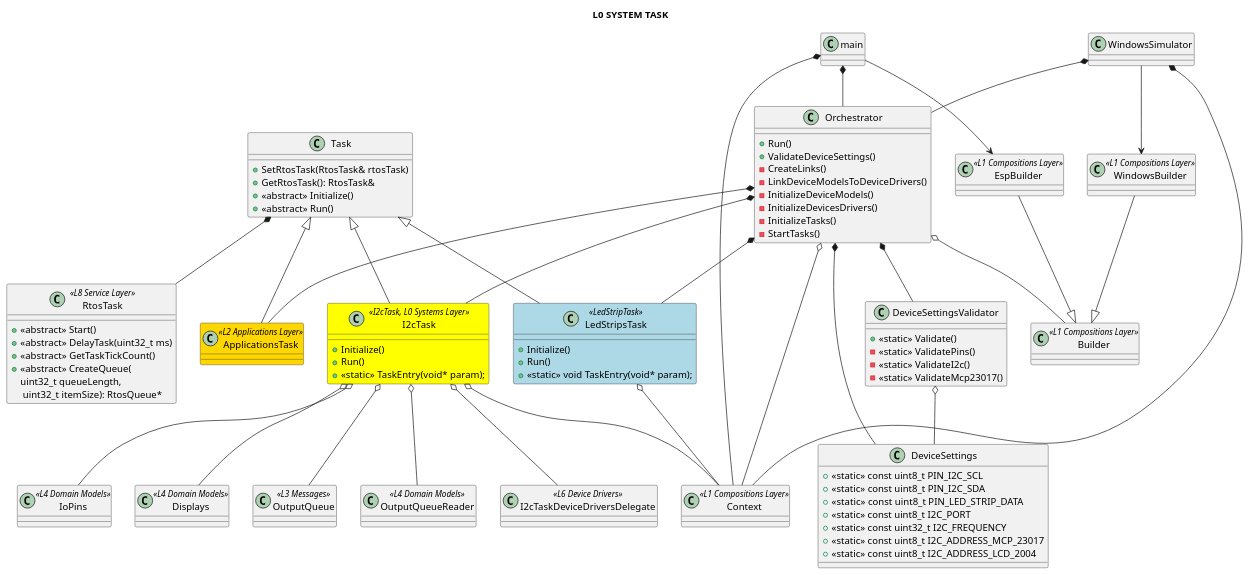
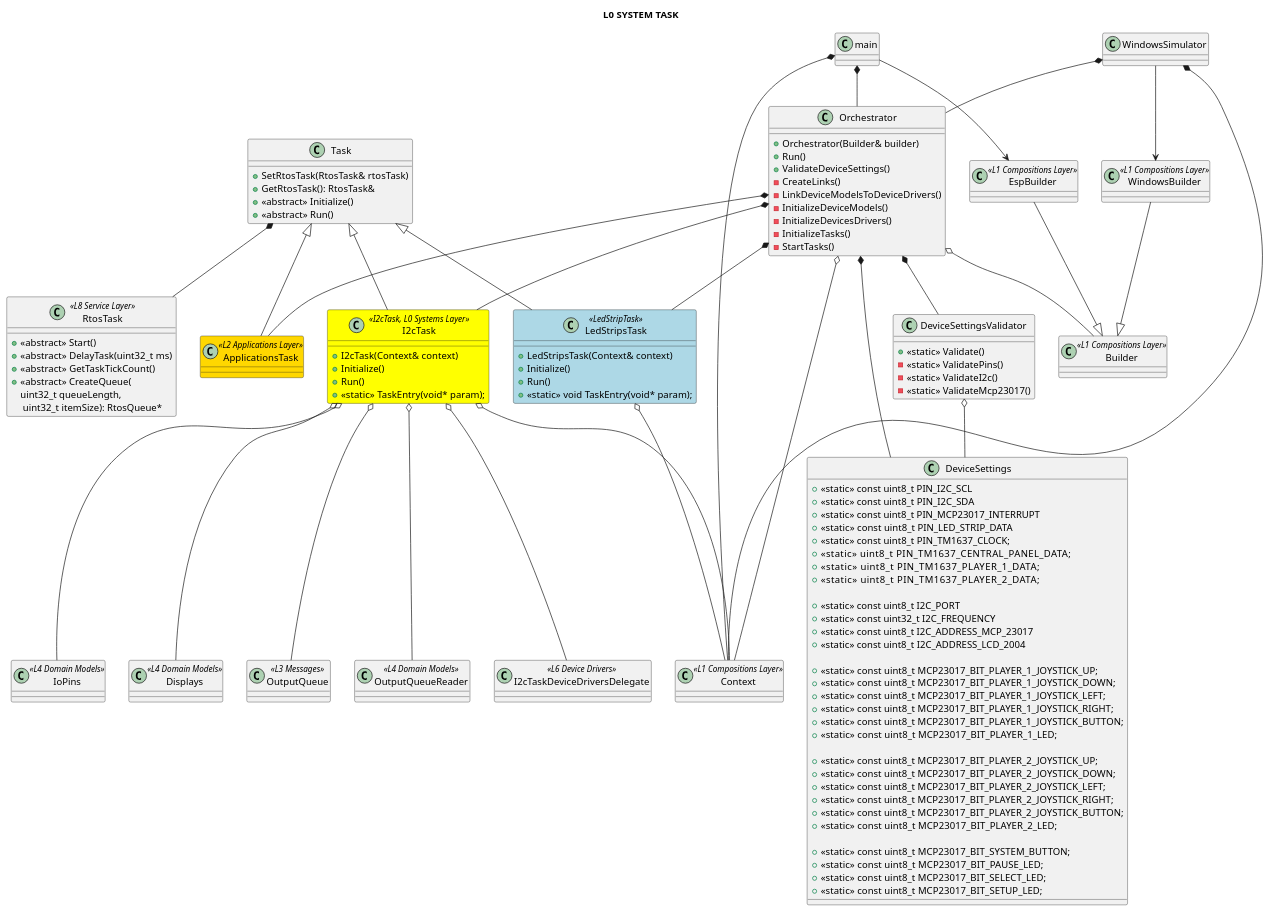
One commit to michelkeijzers/fraxis changed the diagram in Docs/Software Design/Layers/L0_system_layer.puml. Above: the diagram before and after it, drawn with PlantUML. The commit also changed 154 other files, not shown here.

Commit message:
Updated UML diagrams, removed = default, changed -> to refs

```diff
--- a/Docs/Software Design/Layers/L0_system_layer.puml
+++ b/Docs/Software Design/Layers/L0_system_layer.puml
@@ -1,133 +1,161 @@
 @startuml
 top to bottom direction
 
 title L0 SYSTEM TASK
 
 skinparam packageStyle rectangle
 skinparam lineThickness 2
 
 class main 
 {
 }
 
 class WindowsSimulator 
 {
 
 }
 
 class Orchestrator 
 {
+    + Orchestrator(Builder& builder)
     + Run()
     + ValidateDeviceSettings()
     - CreateLinks()
     - LinkDeviceModelsToDeviceDrivers()
     - InitializeDeviceModels()
     - InitializeDevicesDrivers()
     - InitializeTasks()
     - StartTasks()
 }
 
 main *-- Orchestrator
 main *-- Context
 WindowsSimulator *-- Orchestrator
 WindowsSimulator *-- Context 
 
 class DeviceSettingsValidator
 {
     + <<static>> Validate()
     - <<static>> ValidatePins()
     - <<static>> ValidateI2c()
     - <<static>> ValidateMcp23017()
 }
 
 DeviceSettingsValidator o-- DeviceSettings
 Orchestrator *-- DeviceSettingsValidator
 
 class Builder <<L1 Compositions Layer>> {}
 class EspBuilder  <<L1 Compositions Layer>> {}
 class WindowsBuilder  <<L1 Compositions Layer>> {}
 class Context <<L1 Compositions Layer>> {}
 
 EspBuilder -|> Builder
 WindowsBuilder -|> Builder
 
 main --> EspBuilder
 WindowsSimulator --> WindowsBuilder
 
 Orchestrator o-- Builder
 Orchestrator o-- Context
 
 class RtosTask <<L8 Service Layer>>
 {
     + <<abstract>> Start()
     + <<abstract>> DelayTask(uint32_t ms)
     + <<abstract>> GetTaskTickCount()
     + <<abstract>> CreateQueue(
         uint32_t queueLength, \n uint32_t itemSize): RtosQueue*
 }
 ApplicationsTask -u-|> Task
 
 class Task
 {   
     + SetRtosTask(RtosTask& rtosTask)
     + GetRtosTask(): RtosTask& 
     + <<abstract>> Initialize()
     + <<abstract>> Run()
 }
 
 Task *-- RtosTask
 
 Orchestrator *-- ApplicationsTask 
 
 class I2cTask <<I2cTask, L0 Systems Layer>> #yellow
 {
+    + I2cTask(Context& context)
     + Initialize()
     + Run()
     + <<static>> TaskEntry(void* param);
 }
 
 I2cTask -u-|> Task
 I2cTask o-- Context
 
 class IoPins <<L4 Domain Models>> {}
 I2cTask o-- IoPins 
 class Displays <<L4 Domain Models>> {}
 I2cTask o-- Displays 
 class OutputQueue <<L3 Messages>> {}
 I2cTask o-- OutputQueue 
 class OutputQueueReader <<L4 Domain Models>> {}
 I2cTask o-- OutputQueueReader 
 class I2cTaskDeviceDriversDelegate <<L6 Device Drivers>> {}
 I2cTask o-- I2cTaskDeviceDriversDelegate 
 
 Orchestrator *-- I2cTask
 
 class ApplicationsTask <<L2 Applications Layer>> #gold
 {
 }
 
 class LedStripsTask <<LedStripTask>> #lightblue
 {
+    + LedStripsTask(Context& context)
     + Initialize()
     + Run()
     + <<static>> void TaskEntry(void* param);    
 }
 
 LedStripsTask -u-|> Task
 LedStripsTask o-- Context
 Orchestrator *-- LedStripsTask
 
 class DeviceSettings
 {
     + <<static>> const uint8_t PIN_I2C_SCL
     + <<static>> const uint8_t PIN_I2C_SDA
+    + <<static>> const uint8_t PIN_MCP23017_INTERRUPT
     + <<static>> const uint8_t PIN_LED_STRIP_DATA
+    + <<static>> const uint8_t PIN_TM1637_CLOCK;
+    + <<static>> uint8_t       PIN_TM1637_CENTRAL_PANEL_DATA;
+    + <<static>> uint8_t       PIN_TM1637_PLAYER_1_DATA;
+    + <<static>> uint8_t       PIN_TM1637_PLAYER_2_DATA;
+
     + <<static>> const uint8_t I2C_PORT
     + <<static>> const uint32_t I2C_FREQUENCY
     + <<static>> const uint8_t I2C_ADDRESS_MCP_23017
     + <<static>> const uint8_t I2C_ADDRESS_LCD_2004
+
+    + <<static>> const uint8_t  MCP23017_BIT_PLAYER_1_JOYSTICK_UP;
+    + <<static>> const uint8_t  MCP23017_BIT_PLAYER_1_JOYSTICK_DOWN;
+    + <<static>> const uint8_t  MCP23017_BIT_PLAYER_1_JOYSTICK_LEFT;
+    + <<static>> const uint8_t  MCP23017_BIT_PLAYER_1_JOYSTICK_RIGHT;
+    + <<static>> const uint8_t  MCP23017_BIT_PLAYER_1_JOYSTICK_BUTTON;
+    + <<static>> const uint8_t  MCP23017_BIT_PLAYER_1_LED;
+
+    + <<static>> const uint8_t  MCP23017_BIT_PLAYER_2_JOYSTICK_UP;
+    + <<static>> const uint8_t  MCP23017_BIT_PLAYER_2_JOYSTICK_DOWN;
+    + <<static>> const uint8_t  MCP23017_BIT_PLAYER_2_JOYSTICK_LEFT;
+    + <<static>> const uint8_t  MCP23017_BIT_PLAYER_2_JOYSTICK_RIGHT;
+    + <<static>> const uint8_t  MCP23017_BIT_PLAYER_2_JOYSTICK_BUTTON;
+    + <<static>> const uint8_t  MCP23017_BIT_PLAYER_2_LED;
+
+    + <<static>> const uint8_t  MCP23017_BIT_SYSTEM_BUTTON;
+    + <<static>> const uint8_t  MCP23017_BIT_PAUSE_LED;
+    + <<static>> const uint8_t  MCP23017_BIT_SELECT_LED;
+    + <<static>> const uint8_t  MCP23017_BIT_SETUP_LED;
 }
 
 Orchestrator *-- DeviceSettings
 
 @enduml
```
